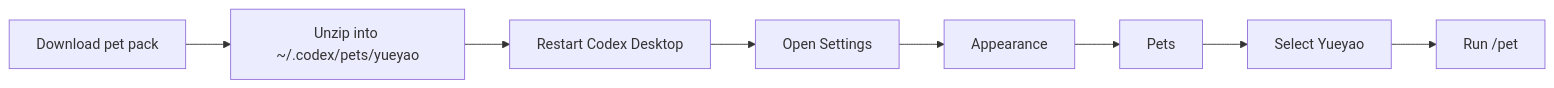
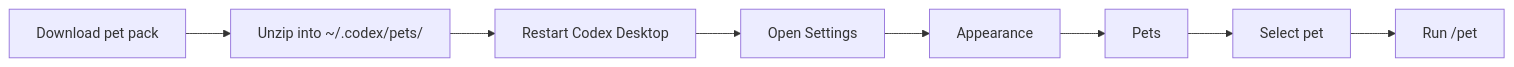
The diagram in README.md (mileson/codex-pets), drawn with Mermaid before and after one commit. The commit also changed other lines of this file and 8 other files, not shown here.

````diff
--- a/README.md
+++ b/README.md
@@ -157,10 +69,10 @@
 ```mermaid
 flowchart LR
-  A["Download pet pack"] --> B["Unzip into ~/.codex/pets/yueyao"]
+  A["Download pet pack"] --> B["Unzip into ~/.codex/pets/<pet-id>"]
   B --> C["Restart Codex Desktop"]
   C --> D["Open Settings"]
   D --> E["Appearance"]
   E --> F["Pets"]
-  F --> G["Select Yueyao"]
+  F --> G["Select pet"]
   G --> H["Run /pet"]
 ```
````
